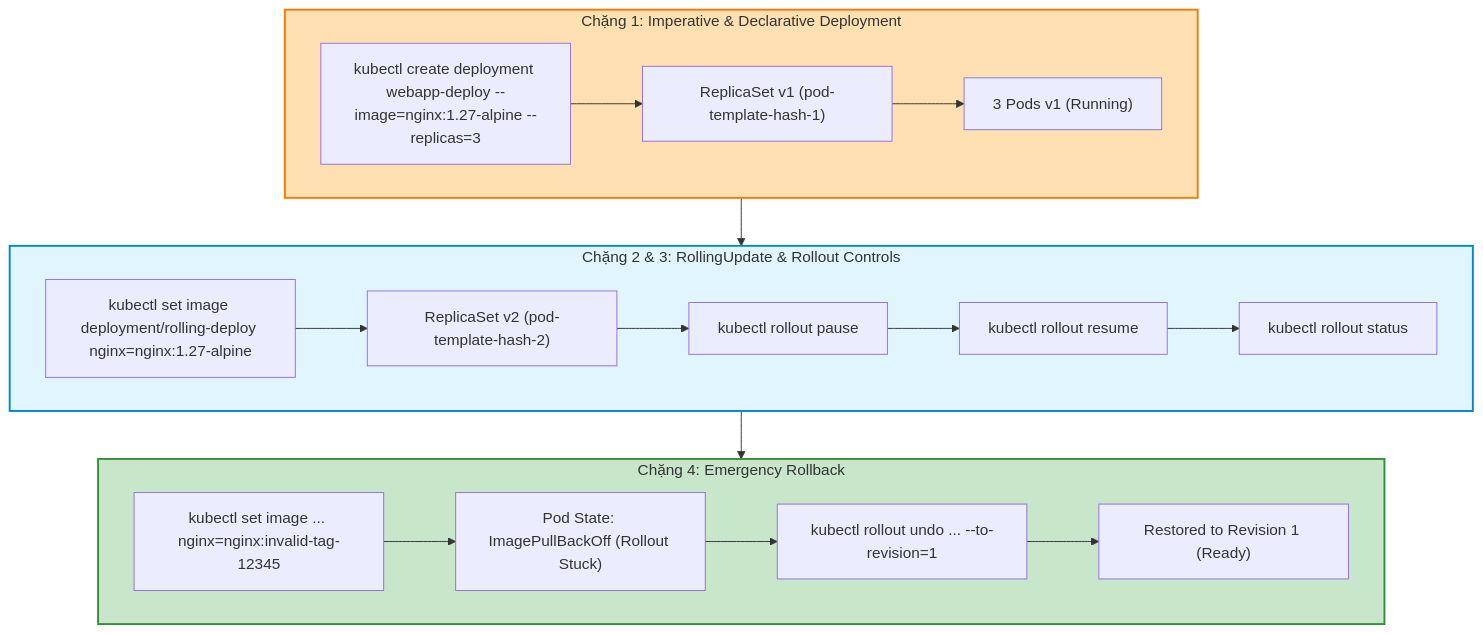
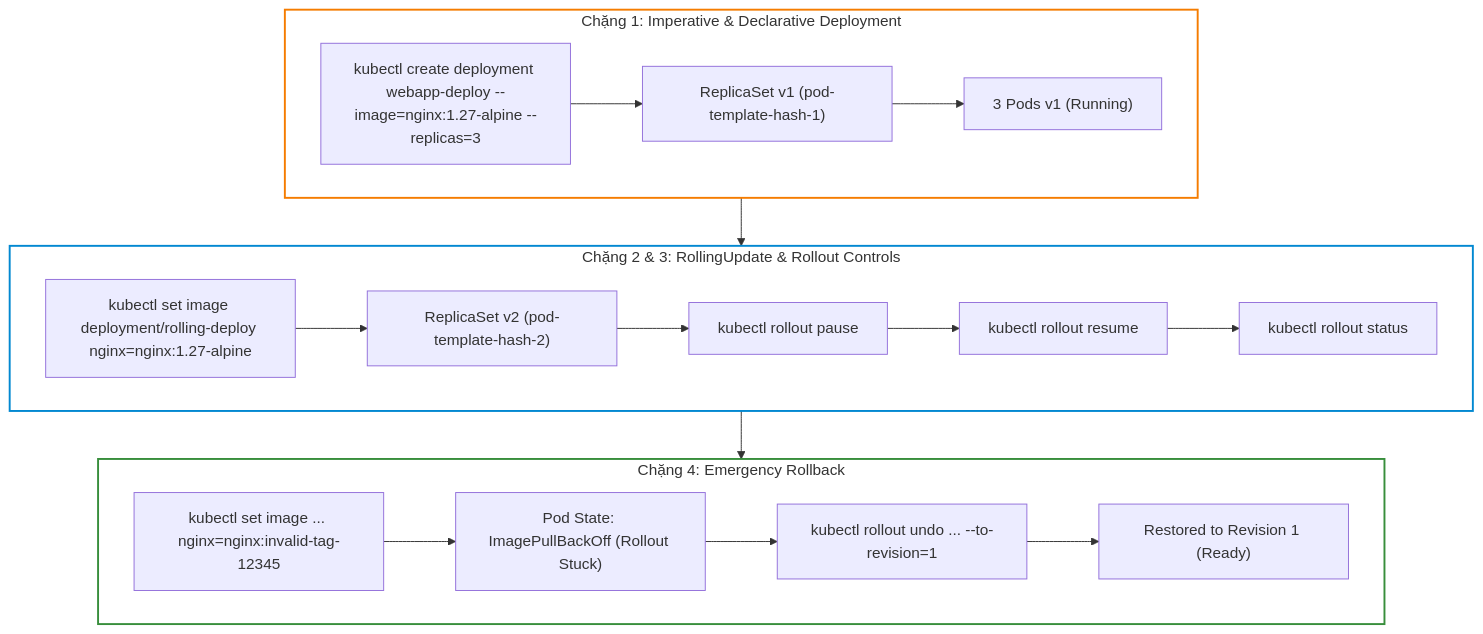
Before and after one commit to kiennt308/ntk: the third of 3 diagrams in _posts/2026-09-12-cka-15-15-deployment-replicaset-rollout.md, drawn with Mermaid. The commit also changed other lines of this file and 207 other files, not shown here.

Commit message:
feat(posts): batch standardize all 208 posts with TL;DR, qa-card accordion, fill:none mermaid, and liquid raw wrappers

````diff
--- a/_posts/2026-09-12-cka-15-15-deployment-replicaset-rollout.md
+++ b/_posts/2026-09-12-cka-15-15-deployment-replicaset-rollout.md
@@ -493,26 +497,26 @@
 ```mermaid
 graph TD
     subgraph Deploy_Creation ["Chặng 1: Imperative & Declarative Deployment"]
         IMP["kubectl create deployment webapp-deploy --image=nginx:1.27-alpine --replicas=3"] --> RS1["ReplicaSet v1 (pod-template-hash-1)"]
         RS1 --> PODS1["3 Pods v1 (Running)"]
     end
 
     subgraph Rollout_Lifecycle ["Chặng 2 & 3: RollingUpdate & Rollout Controls"]
         SET_IMG["kubectl set image deployment/rolling-deploy nginx=nginx:1.27-alpine"] --> RS2["ReplicaSet v2 (pod-template-hash-2)"]
         RS2 --> PAUSE["kubectl rollout pause"]
         PAUSE --> RESUME["kubectl rollout resume"]
         RESUME --> STATUS["kubectl rollout status"]
     end
 
     subgraph Rollback_Lab ["Chặng 4: Emergency Rollback"]
         BAD_IMG["kubectl set image ... nginx=nginx:invalid-tag-12345"] --> STUCK["Pod State: ImagePullBackOff (Rollout Stuck)"]
         STUCK --> UNDO["kubectl rollout undo ... --to-revision=1"]
         UNDO --> RECOVERED["Restored to Revision 1 (Ready)"]
     end
 
     Deploy_Creation --> Rollout_Lifecycle --> Rollback_Lab
 
-    style Deploy_Creation fill:#ffe0b2,stroke:#f57c00,stroke-width:2px
-    style Rollout_Lifecycle fill:#e1f5fe,stroke:#0288d1,stroke-width:2px
-    style Rollback_Lab fill:#c8e6c9,stroke:#388e3c,stroke-width:2px
+    style Deploy_Creation fill:none,stroke:#f57c00,stroke-width:2px
+    style Rollout_Lifecycle fill:none,stroke:#0288d1,stroke-width:2px
+    style Rollback_Lab fill:none,stroke:#388e3c,stroke-width:2px
 ```
````
